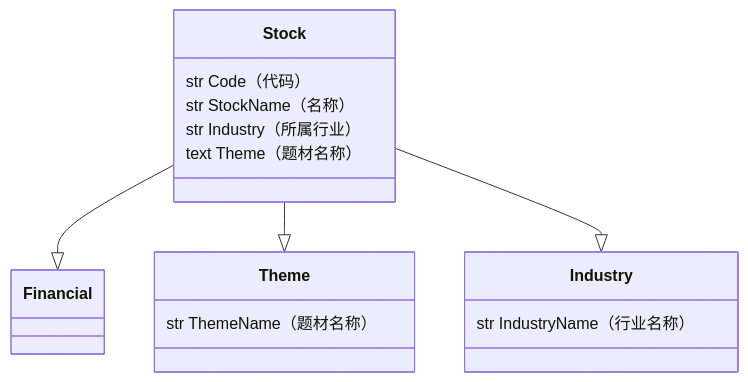
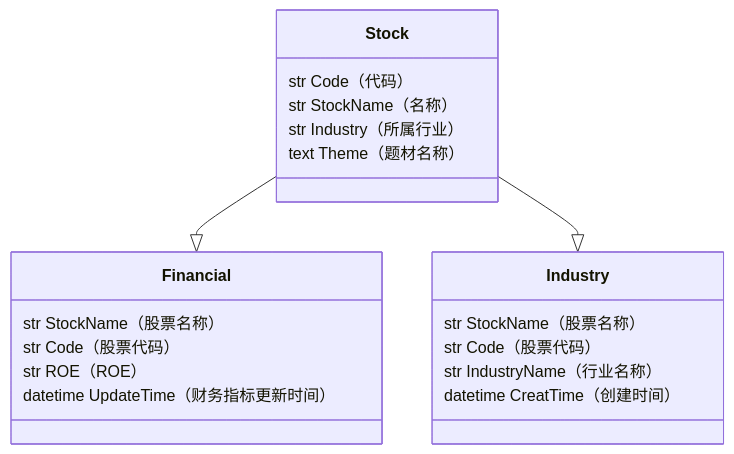
The first of 2 diagrams in README.md (lzjakin/six_indicators), drawn with Mermaid before and after one commit.

````diff
--- a/README.md
+++ b/README.md
@@ -51,12 +51,17 @@
 ```mermaid
 classDiagram
 Stock --|> Financial
+Stock --|> Industry
 Stock : str Code（代码）
 Stock : str StockName（名称）
 Stock : str Industry（所属行业）
 Stock : text Theme（题材名称）
-Stock --|> Theme
-Theme : str ThemeName（题材名称）
-Stock --|> Industry
+Financial : str StockName（股票名称）
+Financial : str Code（股票代码）
+Financial : str ROE（ROE）
+Financial : datetime UpdateTime（财务指标更新时间）
+Industry : str StockName（股票名称）
+Industry : str Code（股票代码）
 Industry : str IndustryName（行业名称）
+Industry : datetime CreatTime（创建时间）
 ```
````
